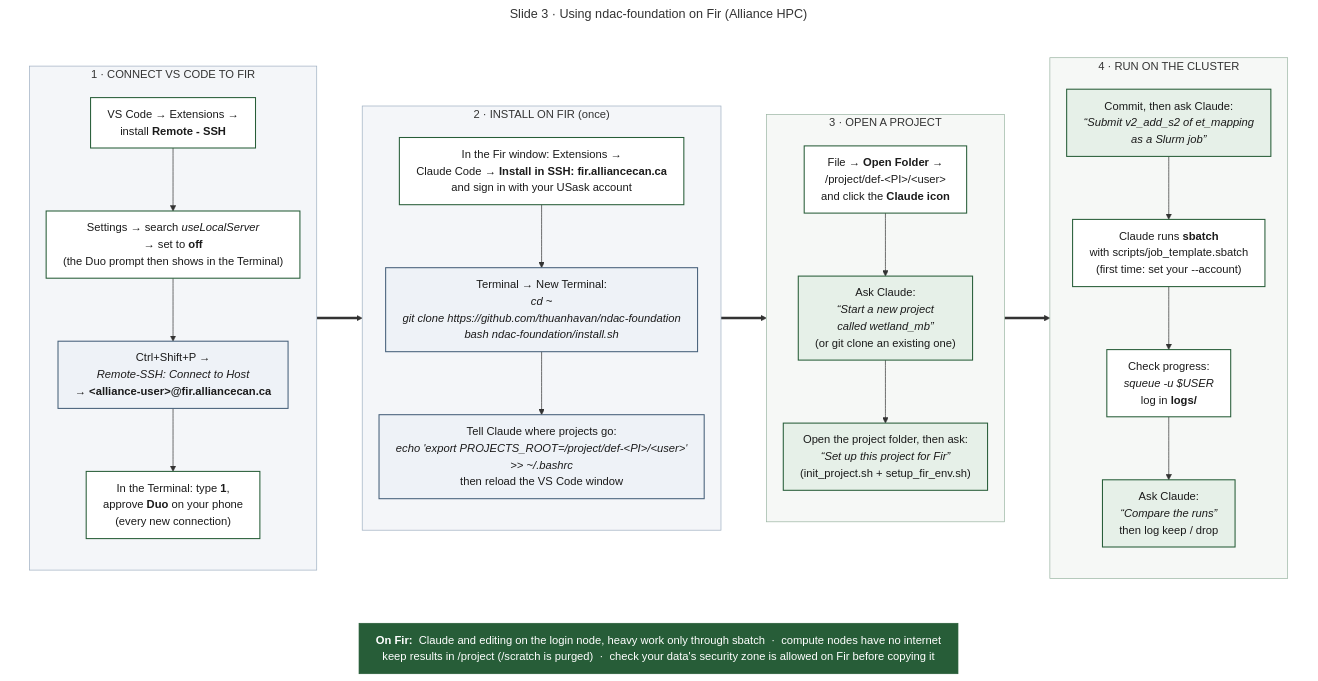
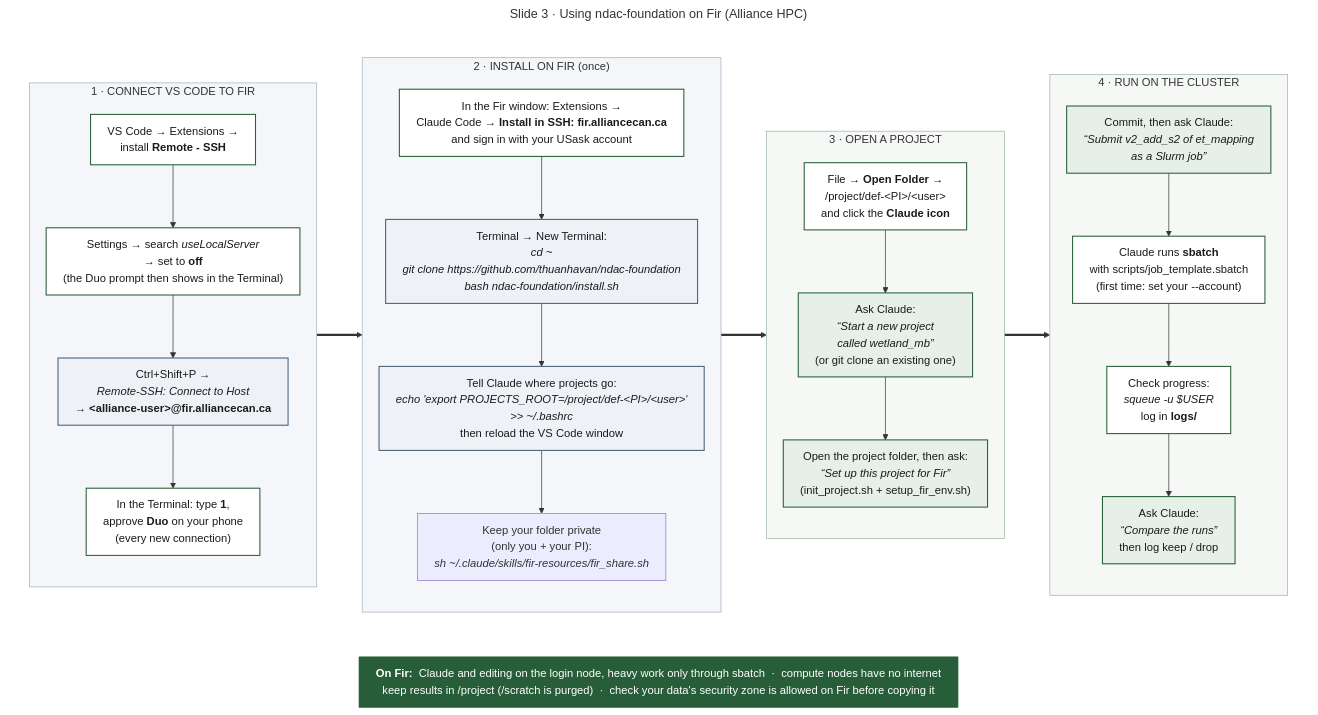
Before and after one commit to acreagelab/ndac-foundation: the diagram in docs/training/slide3_fir.mmd, drawn with Mermaid. The commit also changed 7 other files, not shown here.

First line of the commit message:
v0.4.1: fir_share.sh keeps /project folders private to member + PI

```diff
--- a/docs/training/slide3_fir.mmd
+++ b/docs/training/slide3_fir.mmd
@@ -1,49 +1,49 @@
 ---
 title: "Slide 3 · Using ndac-foundation on Fir (Alliance HPC)"
 config:
   flowchart:
     wrappingWidth: 900
     nodeSpacing: 28
     rankSpacing: 40
     padding: 12
 ---
 %% Training slide 3. Edit, then re-render (see docs/training/README.md).
 %% Never write "\n..." in Windows paths: Mermaid renders it as a line break, even escaped.
 flowchart TB
   subgraph ROW[" "]
   direction LR
   subgraph S1["1 · CONNECT VS CODE TO FIR"]
     direction TB
     A1["VS Code → Extensions →<br/>install <b>Remote - SSH</b>"] --> A2["Settings → search <i>useLocalServer</i><br/>→ set to <b>off</b><br/>(the Duo prompt then shows in the Terminal)"] --> A3["Ctrl+Shift+P →<br/><i>Remote-SSH: Connect to Host</i><br/>→ <b>&lt;alliance-user&gt;@fir.alliancecan.ca</b>"] --> A4["In the Terminal: type <b>1</b>,<br/>approve <b>Duo</b> on your phone<br/>(every new connection)"]
   end
   subgraph S2["2 · INSTALL ON FIR (once)"]
     direction TB
-    B1["In the Fir window: Extensions →<br/>Claude Code → <b>Install in SSH: fir.alliancecan.ca</b><br/>and sign in with your USask account"] --> B2["Terminal → New Terminal:<br/><i>cd ~</i><br/><i>git clone https://github.com/thuanhavan/ndac-foundation</i><br/><i>bash ndac-foundation/install.sh</i>"] --> B3["Tell Claude where projects go:<br/><i>echo 'export PROJECTS_ROOT=/project/def-&lt;PI&gt;/&lt;user&gt;'</i><br/><i>>> ~/.bashrc</i><br/>then reload the VS Code window"]
+    B1["In the Fir window: Extensions →<br/>Claude Code → <b>Install in SSH: fir.alliancecan.ca</b><br/>and sign in with your USask account"] --> B2["Terminal → New Terminal:<br/><i>cd ~</i><br/><i>git clone https://github.com/thuanhavan/ndac-foundation</i><br/><i>bash ndac-foundation/install.sh</i>"] --> B3["Tell Claude where projects go:<br/><i>echo 'export PROJECTS_ROOT=/project/def-&lt;PI&gt;/&lt;user&gt;'</i><br/><i>>> ~/.bashrc</i><br/>then reload the VS Code window"] --> B4["Keep your folder private<br/>(only you + your PI):<br/><i>sh ~/.claude/skills/fir-resources/fir_share.sh</i>"]
   end
   subgraph S3["3 · OPEN A PROJECT"]
     direction TB
     C1["File → <b>Open Folder</b> →<br/>/project/def-&lt;PI&gt;/&lt;user&gt;<br/>and click the <b>Claude icon</b>"] --> C2["Ask Claude:<br/><i>“Start a new project<br/>called wetland_mb”</i><br/>(or git clone an existing one)"] --> C3["Open the project folder, then ask:<br/><i>“Set up this project for Fir”</i><br/>(init_project.sh + setup_fir_env.sh)"]
   end
   subgraph S4["4 · RUN ON THE CLUSTER"]
     direction TB
     D1["Commit, then ask Claude:<br/><i>“Submit v2_add_s2 of et_mapping<br/>as a Slurm job”</i>"] --> D2["Claude runs <b>sbatch</b><br/>with scripts/job_template.sbatch<br/>(first time: set your --account)"] --> D3["Check progress:<br/><i>squeue -u $USER</i><br/>log in <b>logs/</b>"] --> D4["Ask Claude:<br/><i>“Compare the runs”</i><br/>then log keep / drop"]
   end
   S1 ==> S2 ==> S3 ==> S4
   end
 
   RULES["<b>On Fir:</b>&nbsp; Claude and editing on the login node, heavy work only through sbatch &nbsp;·&nbsp; compute nodes have no internet<br/>keep results in /project (/scratch is purged) &nbsp;·&nbsp; check your data's security zone is allowed on Fir before copying it"]
   ROW ~~~ RULES
 
   classDef step fill:#ffffff,stroke:#275D38,stroke-width:1.5px,color:#1b1b1b;
   classDef ask fill:#e6f0e8,stroke:#275D38,stroke-width:1.5px,color:#1b1b1b;
   classDef cmd fill:#eef2f7,stroke:#46607a,stroke-width:1.5px,color:#1b1b1b;
   classDef banner fill:#275D38,stroke:#275D38,color:#ffffff;
   class A1,A2,A4,B1,C1,D2,D3 step;
   class C2,C3,D1,D4 ask;
   class A3,B2,B3 cmd;
   class RULES banner;
   style S1 fill:#f4f6f9,stroke:#9fb0c2
   style S2 fill:#f4f6f9,stroke:#9fb0c2
   style S3 fill:#f6f8f6,stroke:#9bb5a3
   style S4 fill:#f6f8f6,stroke:#9bb5a3
   style ROW fill:#ffffff,stroke:#ffffff,stroke-width:0px
```
